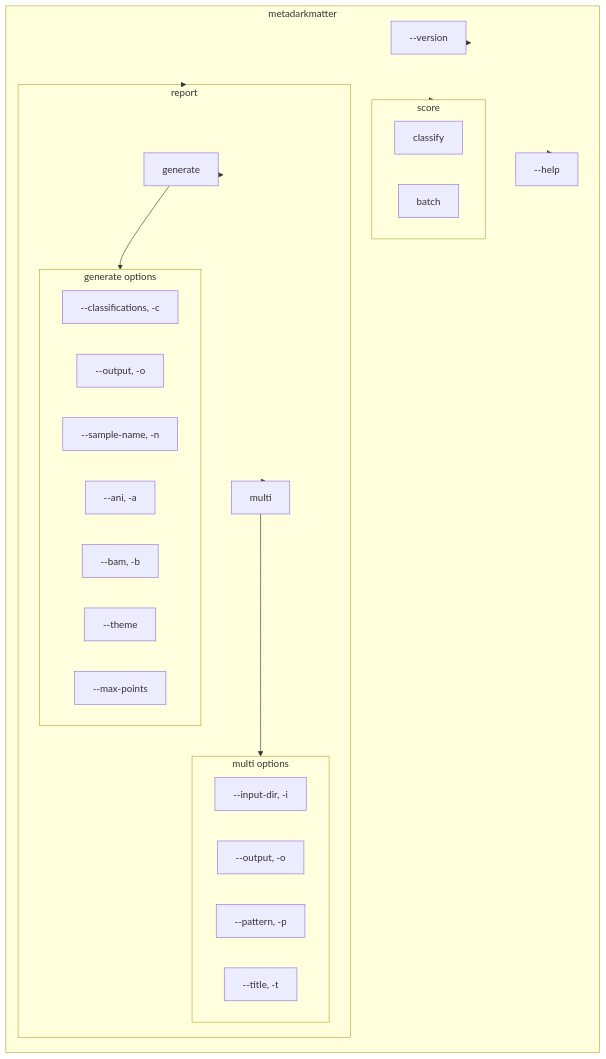
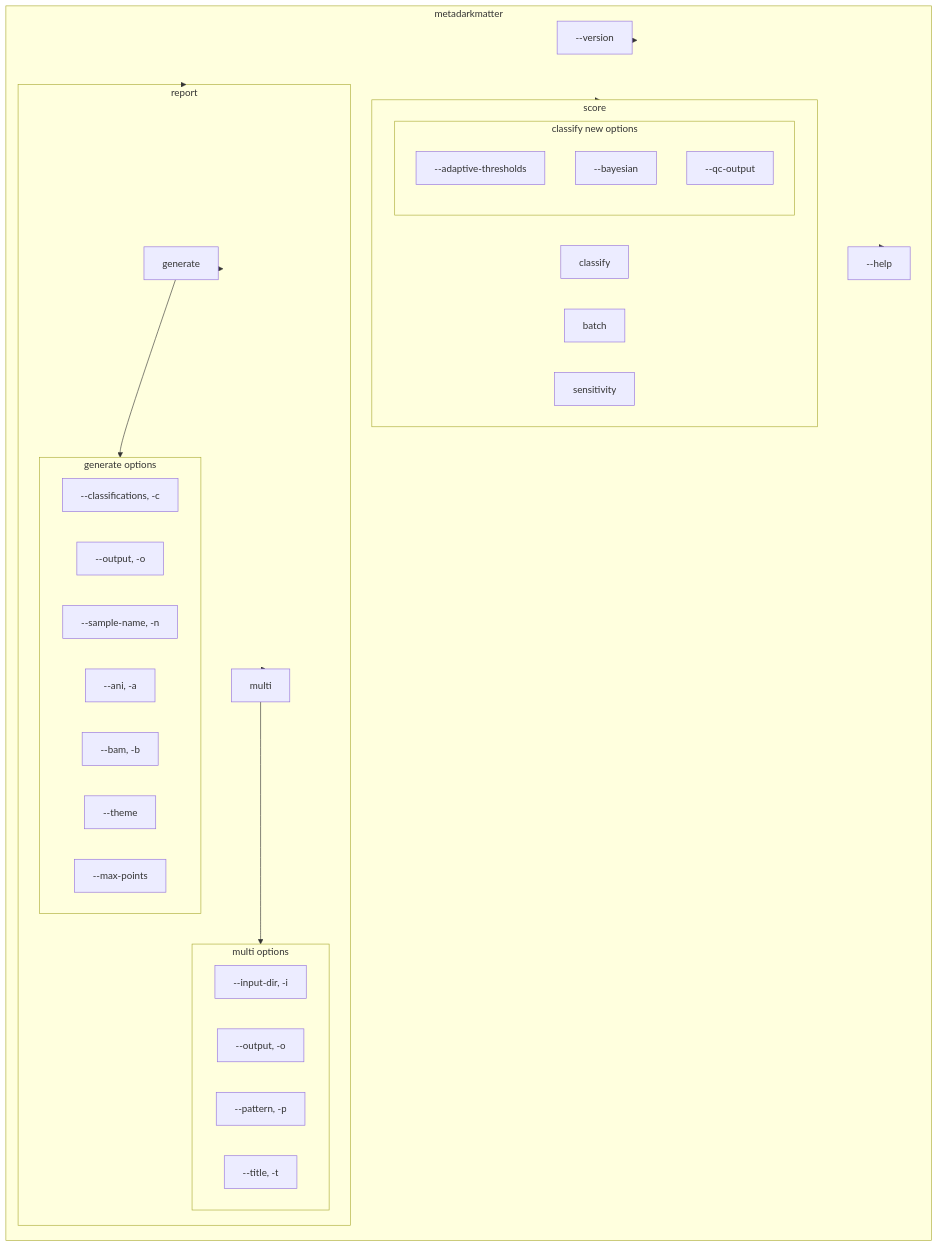
One commit to FOI-Bioinformatics/metadarkmatter changed diagram 19 of 21 in docs/ARCHITECTURE.md. Above: the diagram before and after it, drawn with Mermaid. The commit also changed other lines of this file and 4 other files, not shown here.

````diff
--- a/docs/ARCHITECTURE.md
+++ b/docs/ARCHITECTURE.md
@@ -640,43 +731,50 @@
 ```mermaid
 flowchart TB
     subgraph app["metadarkmatter"]
         VERSION["--version"]
         HELP["--help"]
 
         subgraph score["score"]
             CLASSIFY["classify"]
             BATCH["batch"]
+            SENSITIVITY["sensitivity"]
+
+            subgraph classify_new_opts["classify new options"]
+                ADAPTIVE_OPT["--adaptive-thresholds"]
+                BAYESIAN_OPT["--bayesian"]
+                QC_OPT["--qc-output"]
+            end
         end
 
         subgraph report["report"]
             GENERATE["generate"]
             MULTI["multi"]
 
             subgraph gen_opts["generate options"]
                 CLASS_OPT["--classifications, -c"]
                 OUT_OPT["--output, -o"]
                 NAME_OPT["--sample-name, -n"]
                 ANI_OPT["--ani, -a"]
                 BAM_OPT["--bam, -b"]
                 THEME_OPT["--theme"]
                 MAX_PTS["--max-points"]
             end
 
             subgraph multi_opts["multi options"]
                 INDIR_OPT["--input-dir, -i"]
                 OUTM_OPT["--output, -o"]
                 PATTERN_OPT["--pattern, -p"]
                 TITLE_OPT["--title, -t"]
             end
         end
     end
 
     app --> VERSION
     app --> HELP
     app --> score
     app --> report
     report --> GENERATE
     report --> MULTI
     GENERATE --> gen_opts
     MULTI --> multi_opts
 ```
````
